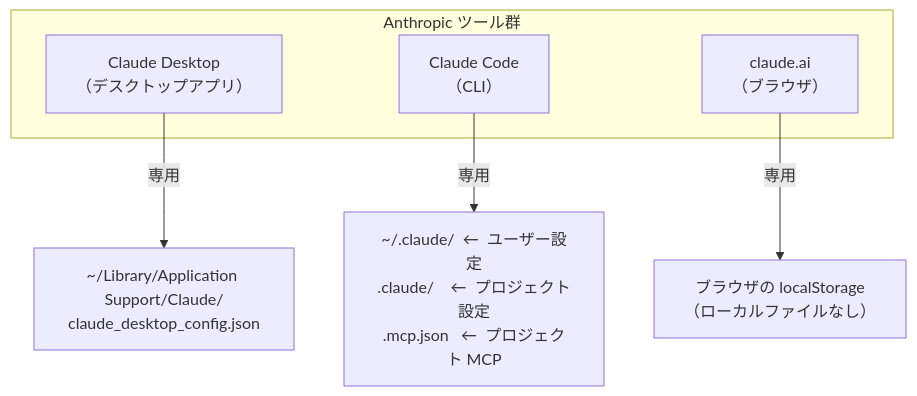
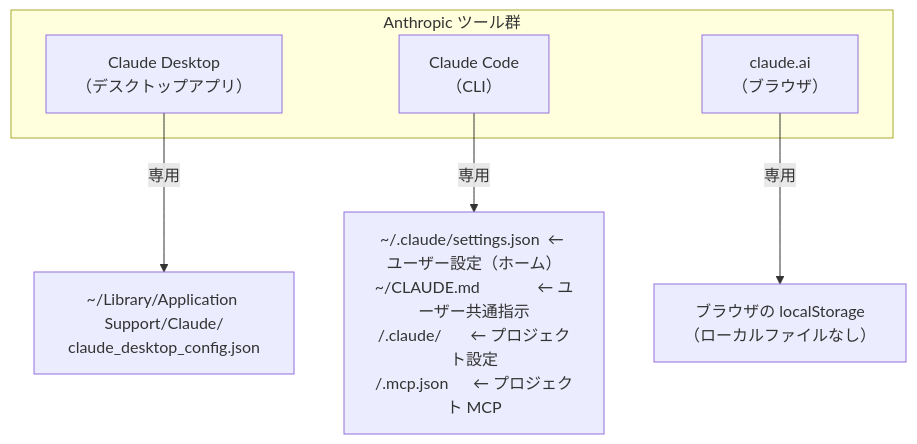
The sixth of 7 diagrams in README.md (zabaot/claude-project-template), drawn with Mermaid before and after one commit. The commit also changed other lines of this file, not shown here.

Commit message:
Clarify file paths: distinguish home vs project-root locations

````diff
--- a/README.md
+++ b/README.md
@@ -275,12 +275,12 @@
 ```mermaid
 graph TD
     subgraph anthropic["Anthropic ツール群"]
         CD["Claude Desktop\n（デスクトップアプリ）"]
         CC["Claude Code\n（CLI）"]
         CW["claude.ai\n（ブラウザ）"]
     end
 
     CD -->|"専用"| DF["~/Library/Application Support/Claude/\nclaude_desktop_config.json"]
-    CC -->|"専用"| CF["~/.claude/  ←  ユーザー設定\n.claude/    ←  プロジェクト設定\n.mcp.json   ←  プロジェクト MCP"]
+    CC -->|"専用"| CF["~/.claude/settings.json  ← ユーザー設定（ホーム）\n~/CLAUDE.md              ← ユーザー共通指示\n<project>/.claude/       ← プロジェクト設定\n<project>/.mcp.json      ← プロジェクト MCP"]
     CW -->|"専用"| BF["ブラウザの localStorage\n（ローカルファイルなし）"]
 ```
````
